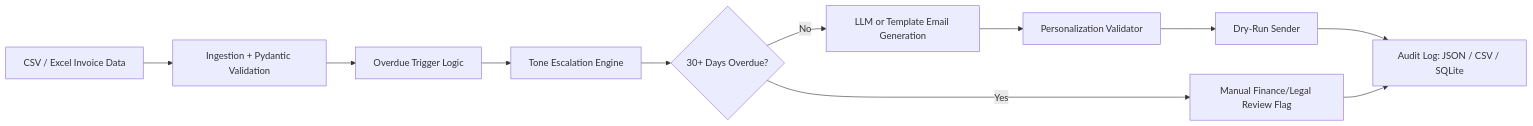
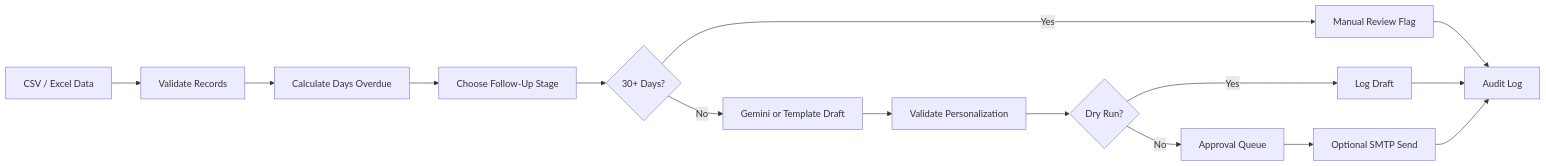
One commit to gargDhruv12/finance-agent changed the diagram in README.md. Above: the diagram before and after it, drawn with Mermaid. The commit also changed other lines of this file and 5 other files, not shown here.

````diff
--- a/README.md
+++ b/README.md
@@ -130,13 +137,17 @@
 ```mermaid
 flowchart LR
-  A["CSV / Excel Invoice Data"] --> B["Ingestion + Pydantic Validation"]
-  B --> C["Overdue Trigger Logic"]
-  C --> D["Tone Escalation Engine"]
-  D --> E{"30+ Days Overdue?"}
-  E -- "Yes" --> F["Manual Finance/Legal Review Flag"]
-  E -- "No" --> G["LLM or Template Email Generation"]
-  G --> H["Personalization Validator"]
-  H --> I["Dry-Run Sender"]
-  I --> J["Audit Log: JSON / CSV / SQLite"]
-  F --> J
+  A["CSV / Excel Data"] --> B["Validate Records"]
+  B --> C["Calculate Days Overdue"]
+  C --> D["Choose Follow-Up Stage"]
+  D --> E{"30+ Days?"}
+  E -- "Yes" --> F["Manual Review Flag"]
+  E -- "No" --> G["Gemini or Template Draft"]
+  G --> H["Validate Personalization"]
+  H --> I{"Dry Run?"}
+  I -- "Yes" --> J["Log Draft"]
+  I -- "No" --> K["Approval Queue"]
+  K --> L["Optional SMTP Send"]
+  F --> M["Audit Log"]
+  J --> M
+  L --> M
 ```
````
